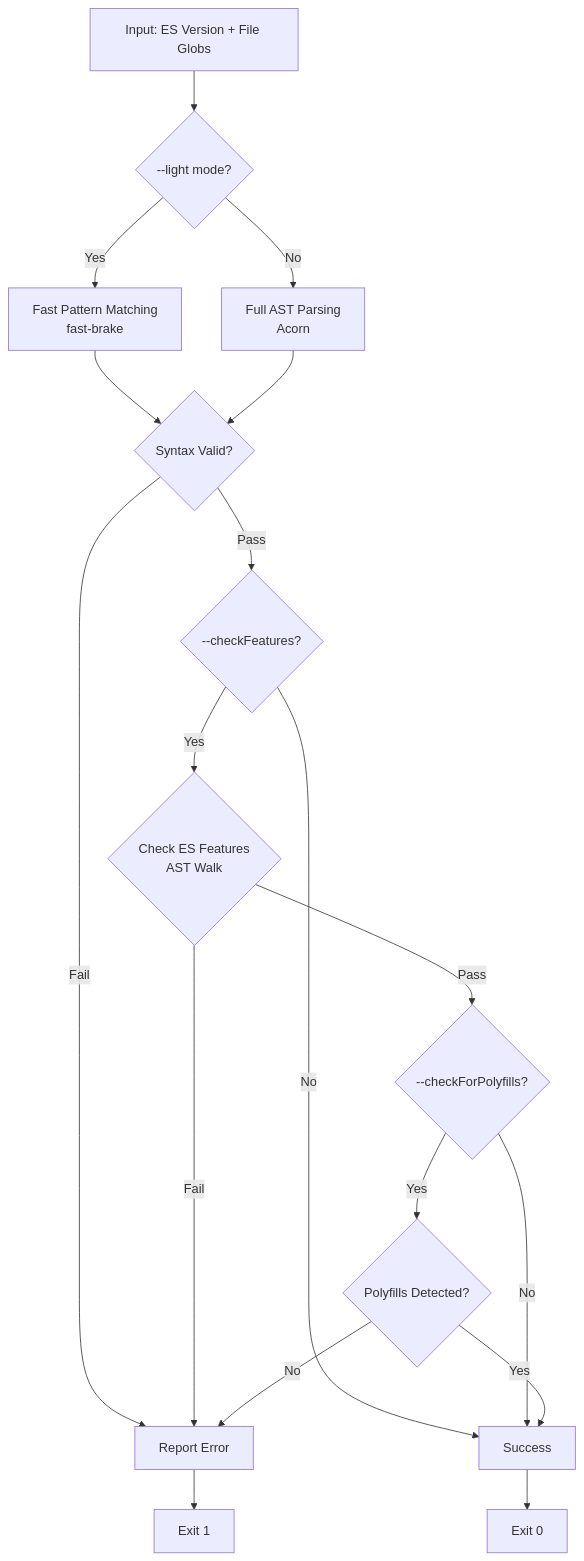
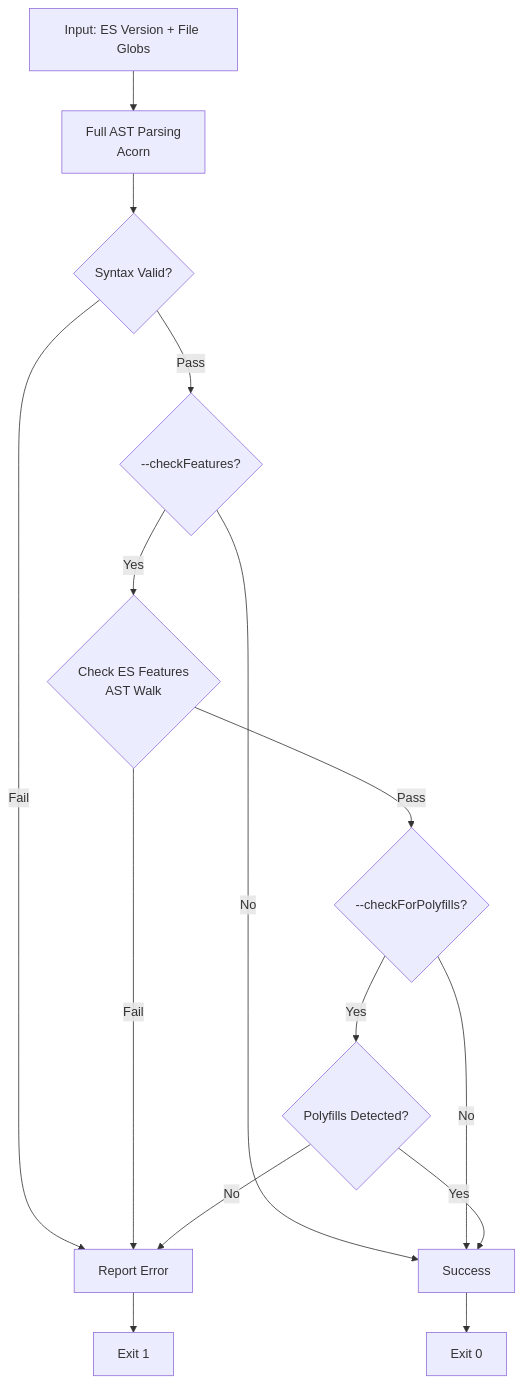
The diagram in README.md (yowainwright/es-check), drawn with Mermaid before and after one commit. The commit also changed other lines of this file and 21 other files, not shown here.

````diff
--- a/README.md
+++ b/README.md
@@ -612,20 +605,17 @@
 ```mermaid
 flowchart TD
-    A[Input: ES Version + File Globs] --> B{--light mode?}
-    B -->|Yes| C[Fast Pattern Matching<br/>fast-brake]
-    B -->|No| D[Full AST Parsing<br/>Acorn]
-    C --> E{Syntax Valid?}
-    D --> E
-    E -->|Fail| F[Report Error]
-    E -->|Pass| G{--checkFeatures?}
-    G -->|No| H[Success]
-    G -->|Yes| I{Check ES Features<br/>AST Walk}
-    I -->|Fail| F
-    I -->|Pass| J{--checkForPolyfills?}
-    J -->|No| H
-    J -->|Yes| K{Polyfills Detected?}
-    K -->|Yes| H
-    K -->|No| F
-    F --> L[Exit 1]
-    H --> M[Exit 0]
+    A[Input: ES Version + File Globs] --> B[Full AST Parsing<br/>Acorn]
+    B --> C{Syntax Valid?}
+    C -->|Fail| D[Report Error]
+    C -->|Pass| E{--checkFeatures?}
+    E -->|No| F[Success]
+    E -->|Yes| G{Check ES Features<br/>AST Walk}
+    G -->|Fail| D
+    G -->|Pass| H{--checkForPolyfills?}
+    H -->|No| F
+    H -->|Yes| I{Polyfills Detected?}
+    I -->|Yes| F
+    I -->|No| D
+    D --> J[Exit 1]
+    F --> K[Exit 0]
 ```
````
